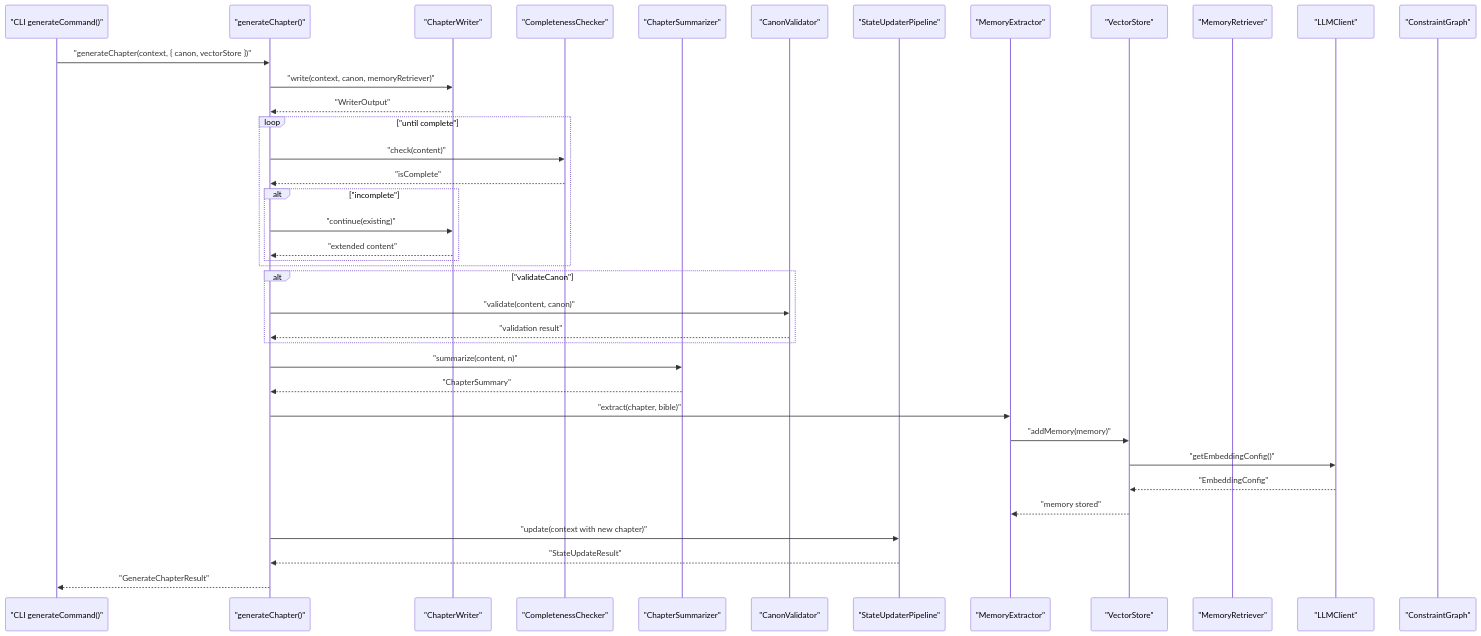
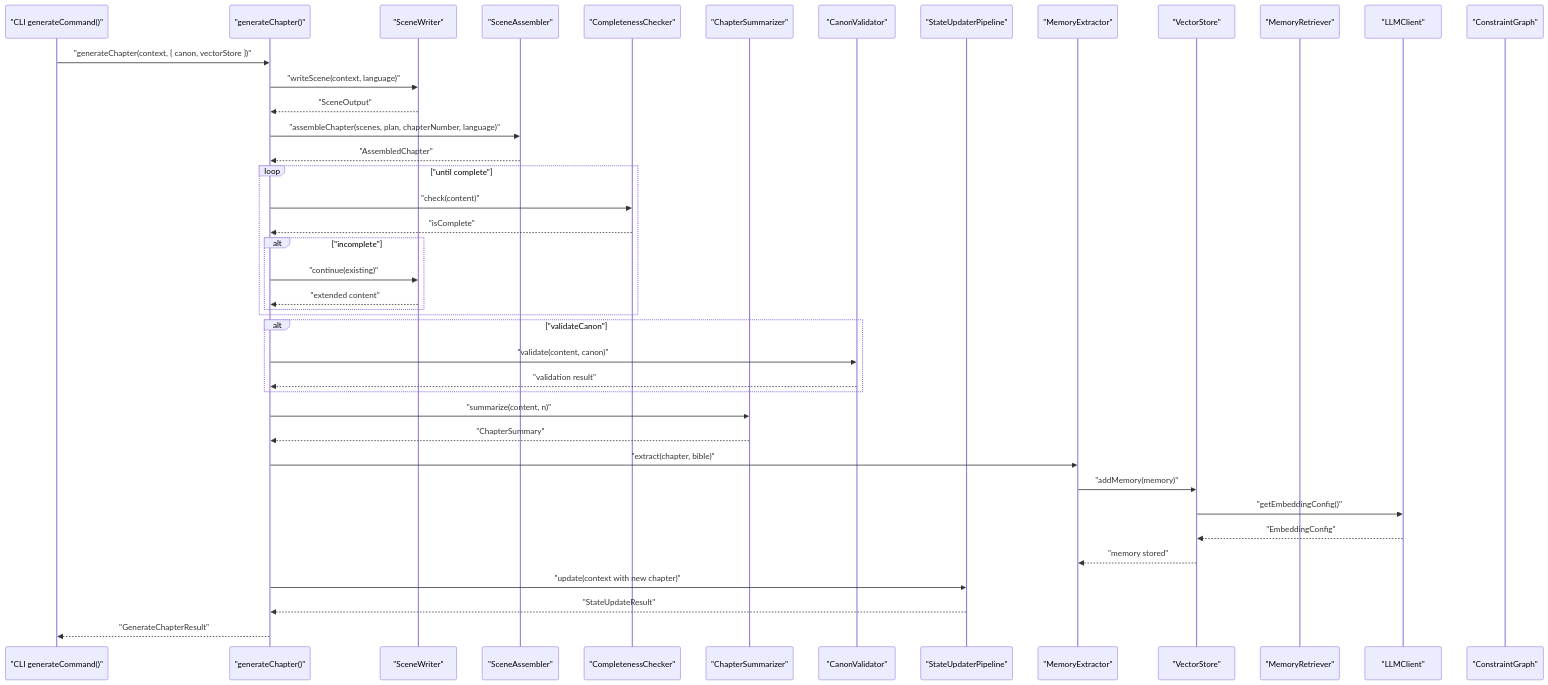
The second of 17 diagrams in .qoder/repowiki/en/content/Memory Management System/Memory Management System.md (liwonder/NARRITIVE_OS), drawn with Mermaid before and after one commit. The commit also changed other lines of this file and 22 other files, not shown here.

````diff
--- a/.qoder/repowiki/en/content/Memory Management System/Memory Management System.md
+++ b/.qoder/repowiki/en/content/Memory Management System/Memory Management System.md
@@ -189,40 +203,43 @@
 ```mermaid
 sequenceDiagram
 participant CLI as "CLI generateCommand()"
 participant Pipe as "generateChapter()"
-participant Writer as "ChapterWriter"
+participant SW as "SceneWriter"
+participant SA as "SceneAssembler"
 participant Comp as "CompletenessChecker"
 participant Sum as "ChapterSummarizer"
 participant Val as "CanonValidator"
 participant StateUp as "StateUpdaterPipeline"
 participant ME as "MemoryExtractor"
 participant VS as "VectorStore"
 participant MR as "MemoryRetriever"
 participant LC as "LLMClient"
 participant CG as "ConstraintGraph"
 CLI->>Pipe : "generateChapter(context, { canon, vectorStore })"
-Pipe->>Writer : "write(context, canon, memoryRetriever)"
-Writer-->>Pipe : "WriterOutput"
+Pipe->>SW : "writeScene(context, language)"
+SW-->>Pipe : "SceneOutput"
+Pipe->>SA : "assembleChapter(scenes, plan, chapterNumber, language)"
+SA-->>Pipe : "AssembledChapter"
 loop "until complete"
 Pipe->>Comp : "check(content)"
 Comp-->>Pipe : "isComplete"
 alt "incomplete"
-Pipe->>Writer : "continue(existing)"
-Writer-->>Pipe : "extended content"
+Pipe->>SW : "continue(existing)"
+SW-->>Pipe : "extended content"
 end
 end
 alt "validateCanon"
 Pipe->>Val : "validate(content, canon)"
 Val-->>Pipe : "validation result"
 end
 Pipe->>Sum : "summarize(content, n)"
 Sum-->>Pipe : "ChapterSummary"
 Pipe->>ME : "extract(chapter, bible)"
 ME->>VS : "addMemory(memory)"
 VS->>LC : "getEmbeddingConfig()"
 LC-->>VS : "EmbeddingConfig"
 VS-->>ME : "memory stored"
 Pipe->>StateUp : "update(context with new chapter)"
 StateUp-->>Pipe : "StateUpdateResult"
 Pipe-->>CLI : "GenerateChapterResult"
 ```
````
